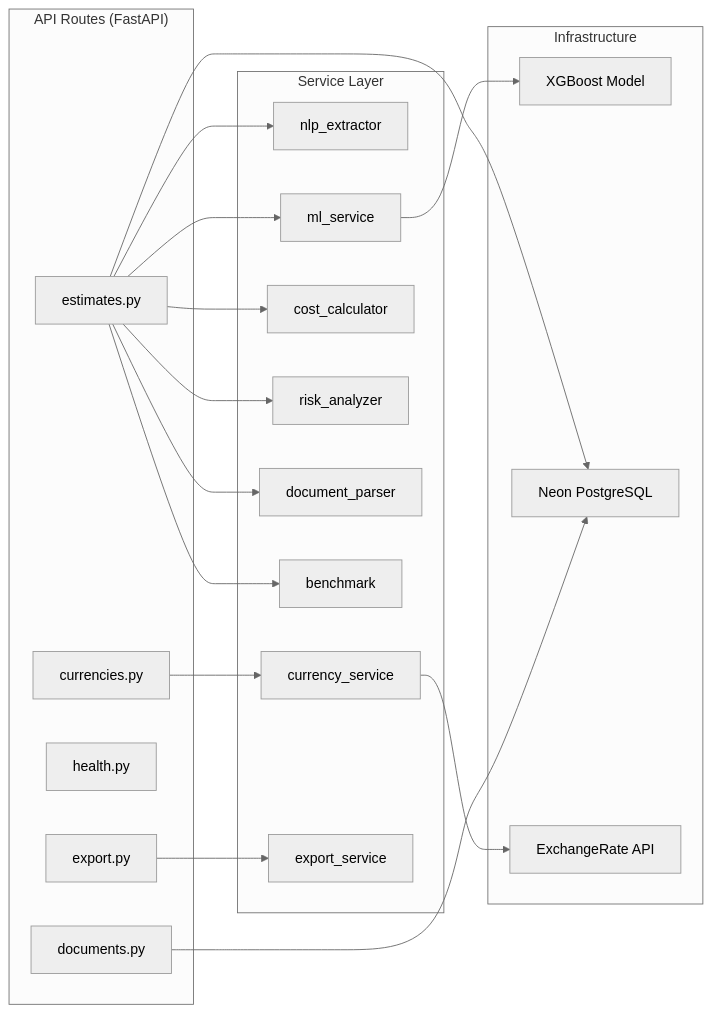
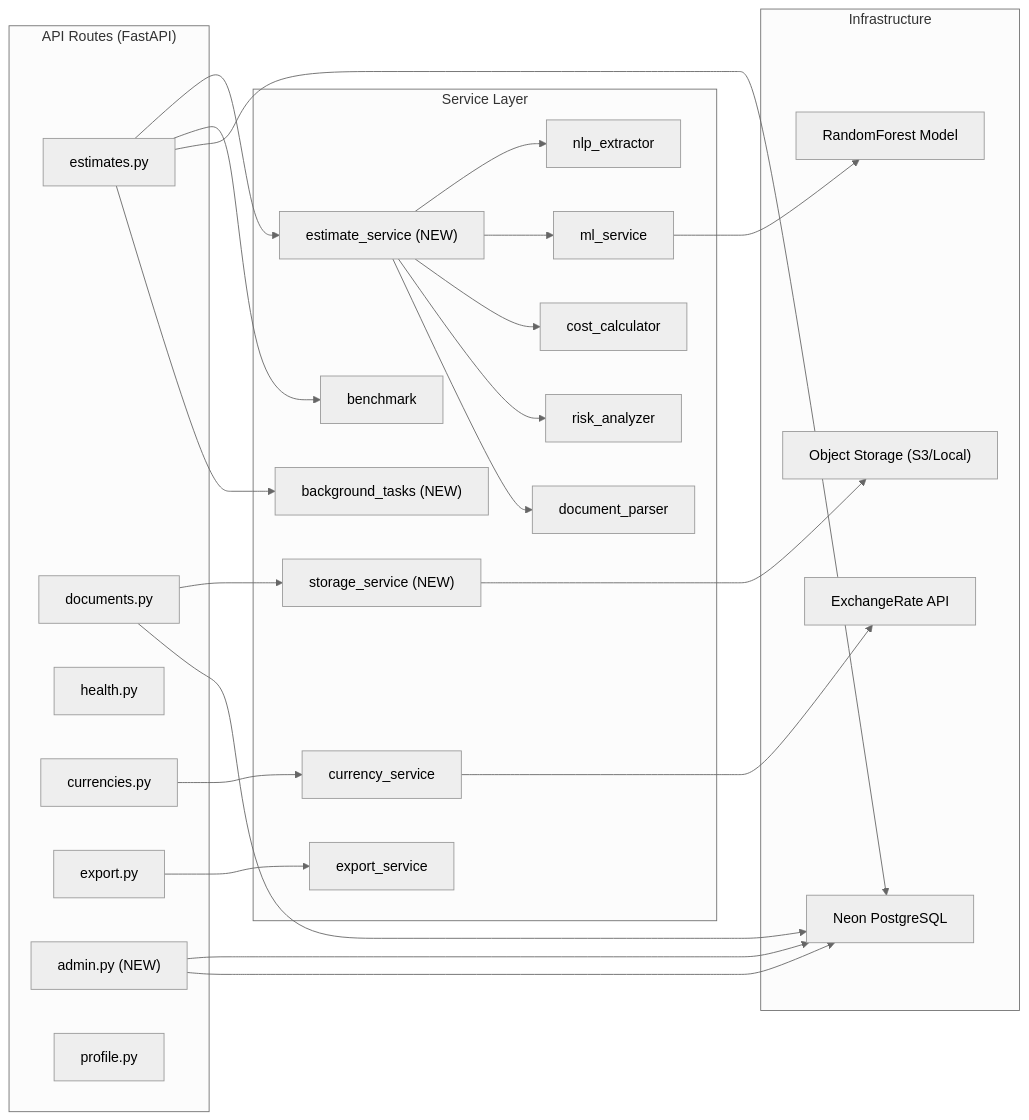
Before and after one commit to AtharvS7/PredictIQ: the ninth of 20 diagrams in docs/walkthrough.md, drawn with Mermaid (neutral theme). The commit also changed other lines of this file and 141 other files, not shown here.

````diff
--- a/docs/walkthrough.md
+++ b/docs/walkthrough.md
@@ -859,35 +949,46 @@
 ```mermaid
 graph LR
     subgraph ROUTES["API Routes (FastAPI)"]
         R1["estimates.py"]
         R2["documents.py"]
         R3["health.py"]
         R4["currencies.py"]
         R5["export.py"]
+        R6["admin.py (NEW)"]
+        R7["profile.py"]
     end
 
     subgraph SERVICES["Service Layer"]
         S1["nlp_extractor"]
         S2["ml_service"]
         S3["cost_calculator"]
         S4["risk_analyzer"]
         S5["document_parser"]
         S6["benchmark"]
         S7["currency_service"]
         S8["export_service"]
+        S9["estimate_service (NEW)"]
+        S10["storage_service (NEW)"]
+        S11["background_tasks (NEW)"]
     end
 
     subgraph INFRA["Infrastructure"]
-        I1["XGBoost Model"]
+        I1["RandomForest Model"]
         I2["Neon PostgreSQL"]
         I3["ExchangeRate API"]
+        I4["Object Storage (S3/Local)"]
     end
 
-    R1 --> S1 & S2 & S3 & S4 & S5
+    R1 --> S9
+    S9 --> S1 & S2 & S3 & S4 & S5
     R1 --> S6
+    R2 --> S10
     R4 --> S7
     R5 --> S8
+    R6 --> I2
     S2 --> I1
-    R1 & R2 --> I2
+    R1 & R2 & R6 --> I2
     S7 --> I3
+    S10 --> I4
+    R1 --> S11
 ```
````
